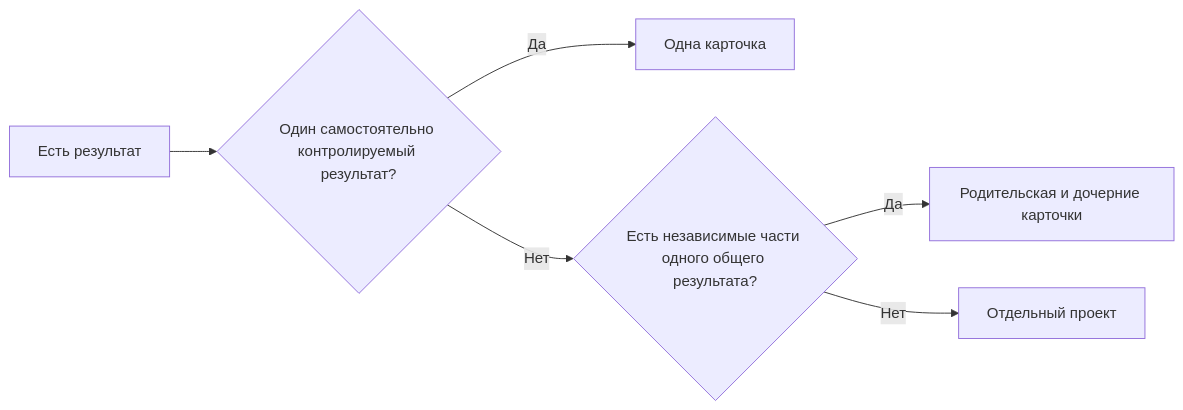
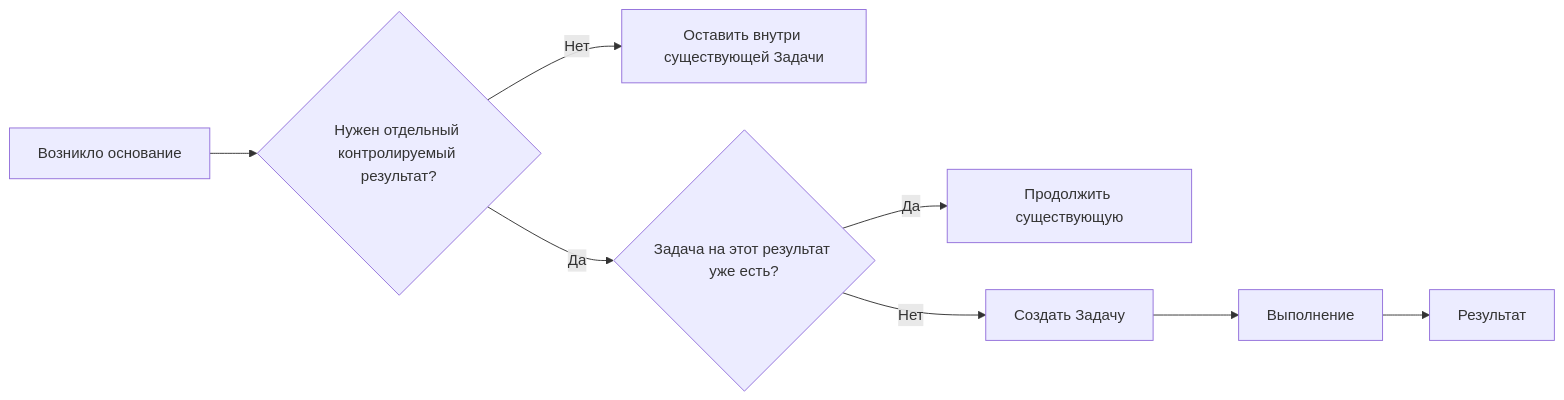
The diagram in docs/01-methodology.md (lazuale/department), drawn with Mermaid before and after one commit. The commit also changed other lines of this file and 6 other files, not shown here.

````diff
--- a/docs/01-methodology.md
+++ b/docs/01-methodology.md
@@ -292,8 +22,10 @@
 ```mermaid
 flowchart LR
-    A[Есть результат] --> B{Один самостоятельно контролируемый результат?}
-    B -- Да --> C[Одна карточка]
-    B -- Нет --> D{Есть независимые части одного общего результата?}
-    D -- Да --> E[Родительская и дочерние карточки]
-    D -- Нет --> F[Отдельный проект]
+    A[Возникло основание] --> B{Нужен отдельный контролируемый результат?}
+    B -- Нет --> C[Оставить внутри существующей Задачи]
+    B -- Да --> D{Задача на этот результат уже есть?}
+    D -- Да --> E[Продолжить существующую]
+    D -- Нет --> F[Создать Задачу]
+    F --> G[Выполнение]
+    G --> H[Результат]
 ```
````
